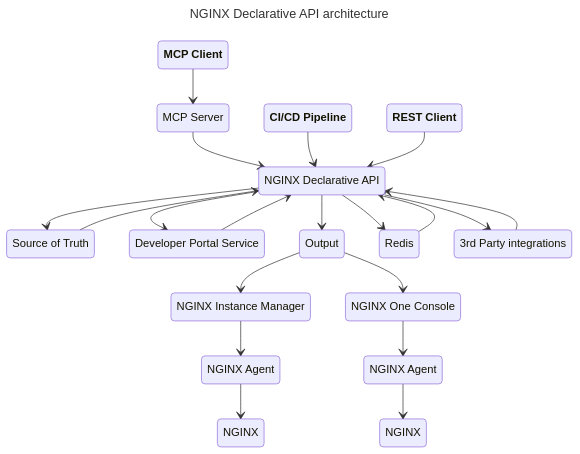
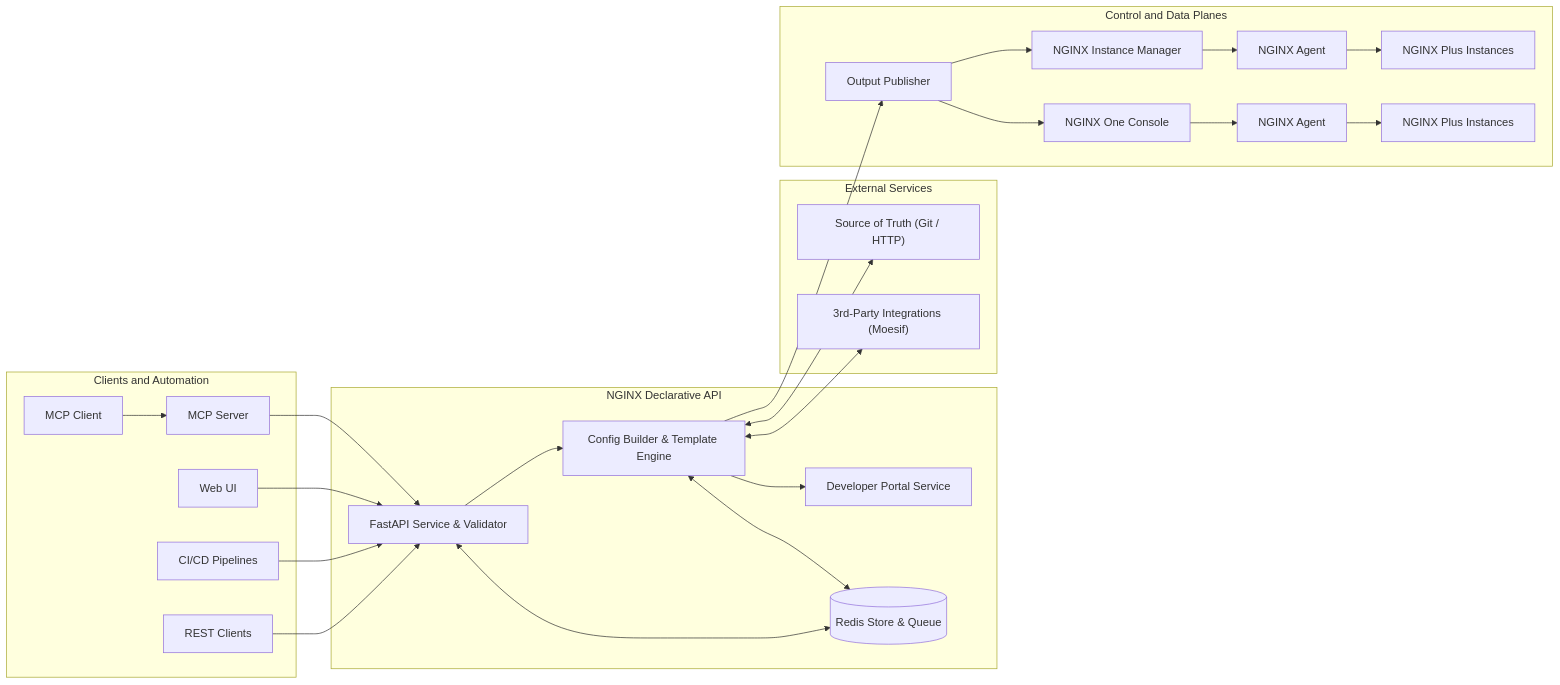
Before and after one commit to f5devcentral/NGINX-Declarative-API: the first of 5 diagrams in ARCHITECTURE.md, drawn with Mermaid. The commit also changed other lines of this file and 14 other files, not shown here.

````diff
--- a/ARCHITECTURE.md
+++ b/ARCHITECTURE.md
@@ -13,42 +23,46 @@
 ```mermaid
----
-title: NGINX Declarative API architecture
----
-stateDiagram-v2
-    Client: **REST Client**
-    Pipeline: **CI/CD Pipeline**
-    NIM: NGINX Instance Manager
-    N1: NGINX One Console
-    AGENT1: NGINX Agent
-    NGINX1: NGINX
-    AGENT2: NGINX Agent
-    NGINX2: NGINX
-    SOT: Source of Truth
-    NDAPI: NGINX Declarative API
-    DEVP: Developer Portal Service
-    OUTPUT: Output
-    REDIS: Redis
-    3RDPARTY: 3rd Party integrations
-    MCP: MCP Server
-    MCPC: **MCP Client**
+flowchart LR
+    subgraph Clients["Clients and Automation"]
+        REST["REST Clients"]
+        CICD["CI/CD Pipelines"]
+        WEBUI["Web UI"]
+        MCPC["MCP Client"] --> MCP["MCP Server"]
+    end
 
-    MCPC --> MCP
-    MCP --> NDAPI
-    Pipeline --> NDAPI
-    Client --> NDAPI
-    NDAPI --> OUTPUT
-    NDAPI --> SOT
-    SOT --> NDAPI
-    NDAPI --> 3RDPARTY
-    3RDPARTY --> NDAPI
-    NDAPI --> REDIS
-    REDIS --> NDAPI
-    OUTPUT --> NIM
-    OUTPUT --> N1
-    NDAPI --> DEVP
-    DEVP --> NDAPI
-    NIM --> AGENT1
-    AGENT1 --> NGINX1
-    N1 --> AGENT2
-    AGENT2 --> NGINX2
+    subgraph Core["NGINX Declarative API"]
+        API["FastAPI Service & Validator"]
+        BUILDER["Config Builder & Template Engine"]
+        DEVP["Developer Portal Service"]
+        REDIS[("Redis Store & Queue")]
+        API --> BUILDER
+        BUILDER --> DEVP
+        API <--> REDIS
+        BUILDER <--> REDIS
+    end
+
+    subgraph External["External Services"]
+        SOT["Source of Truth (Git / HTTP)"]
+        THIRDP["3rd-Party Integrations (Moesif)"]
+    end
+
+    subgraph Planes["Control and Data Planes"]
+        OUTPUT["Output Publisher"]
+        NIM["NGINX Instance Manager"]
+        N1["NGINX One Console"]
+        AGENT1["NGINX Agent"]
+        AGENT2["NGINX Agent"]
+        NGINX1["NGINX Plus Instances"]
+        NGINX2["NGINX Plus Instances"]
+
+        OUTPUT --> NIM --> AGENT1 --> NGINX1
+        OUTPUT --> N1 --> AGENT2 --> NGINX2
+    end
+
+    REST --> API
+    CICD --> API
+    WEBUI --> API
+    MCP --> API
+    BUILDER <--> SOT
+    BUILDER <--> THIRDP
+    BUILDER --> OUTPUT
 ```
````
